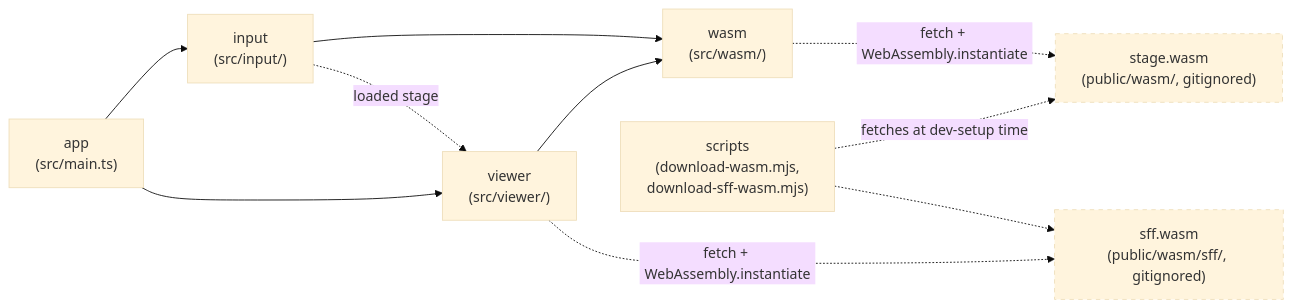
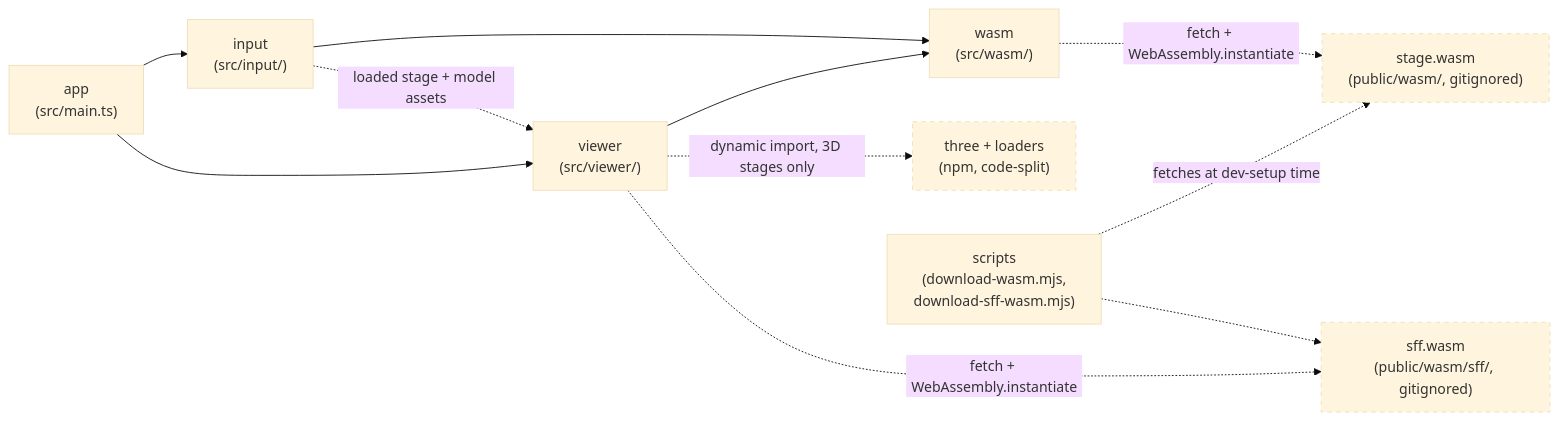
The diagram in docs/architecture.md (openkakutou/stage-viewer-web), drawn with Mermaid (base theme) before and after one commit. The commit also changed other lines of this file and 30 other files, not shown here.

First line of the commit message:
feat: stages using Ikemen GO's 3D model extension now show their actual 3D model in the preview, lit by its declared environment lighting, composited together with any flat background elements the stage also defines

````diff
--- a/docs/architecture.md
+++ b/docs/architecture.md
@@ -12,15 +12,17 @@
 ```mermaid
 flowchart LR
     app["app\n(src/main.ts)"] --> input["input\n(src/input/)"]
     app --> viewer["viewer\n(src/viewer/)"]
     input --> wasm["wasm\n(src/wasm/)"]
-    input -.->|loaded stage| viewer
+    input -.->|loaded stage + model assets| viewer
     viewer --> wasm
+    viewer -.->|dynamic import, 3D stages only| three["three + loaders\n(npm, code-split)"]
     wasm -.->|fetch + WebAssembly.instantiate| module["stage.wasm\n(public/wasm/, gitignored)"]
     viewer -.->|fetch + WebAssembly.instantiate| sffModule["sff.wasm\n(public/wasm/sff/, gitignored)"]
     scripts["scripts\n(download-wasm.mjs,\ndownload-sff-wasm.mjs)"] -.->|fetches at dev-setup time| module
     scripts -.-> sffModule
 
     style module stroke-dasharray: 5 5
     style sffModule stroke-dasharray: 5 5
+    style three stroke-dasharray: 5 5
 ```
````
